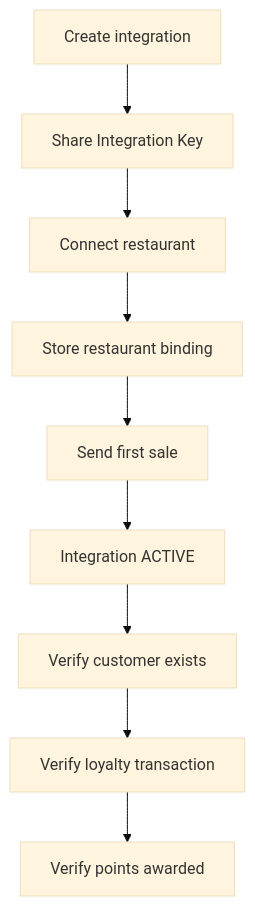
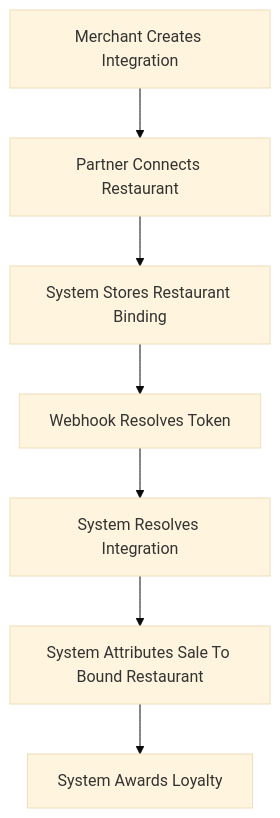
Before and after one commit to krischal07/docs: the diagram in PARTNER-HANDOFF.md, drawn with Mermaid (base theme). The commit also changed other lines of this file and 42 other files, not shown here.

````diff
--- a/PARTNER-HANDOFF.md
+++ b/PARTNER-HANDOFF.md
@@ -9,11 +27,9 @@
 ```mermaid
 flowchart TD
-  A["Create integration"] --> B["Share Integration Key"]
-  B --> C["Connect restaurant"]
-  C --> D["Store restaurant binding"]
-  D --> E["Send first sale"]
-  E --> F["Integration ACTIVE"]
-  F --> G["Verify customer exists"]
-  G --> H["Verify loyalty transaction"]
-  H --> I["Verify points awarded"]
+  A["Merchant Creates Integration"] --> B["Partner Connects Restaurant"]
+  B --> C["System Stores Restaurant Binding"]
+  C --> D["Webhook Resolves Token"]
+  D --> E["System Resolves Integration"]
+  E --> F["System Attributes Sale To Bound Restaurant"]
+  F --> G["System Awards Loyalty"]
 ```
````
